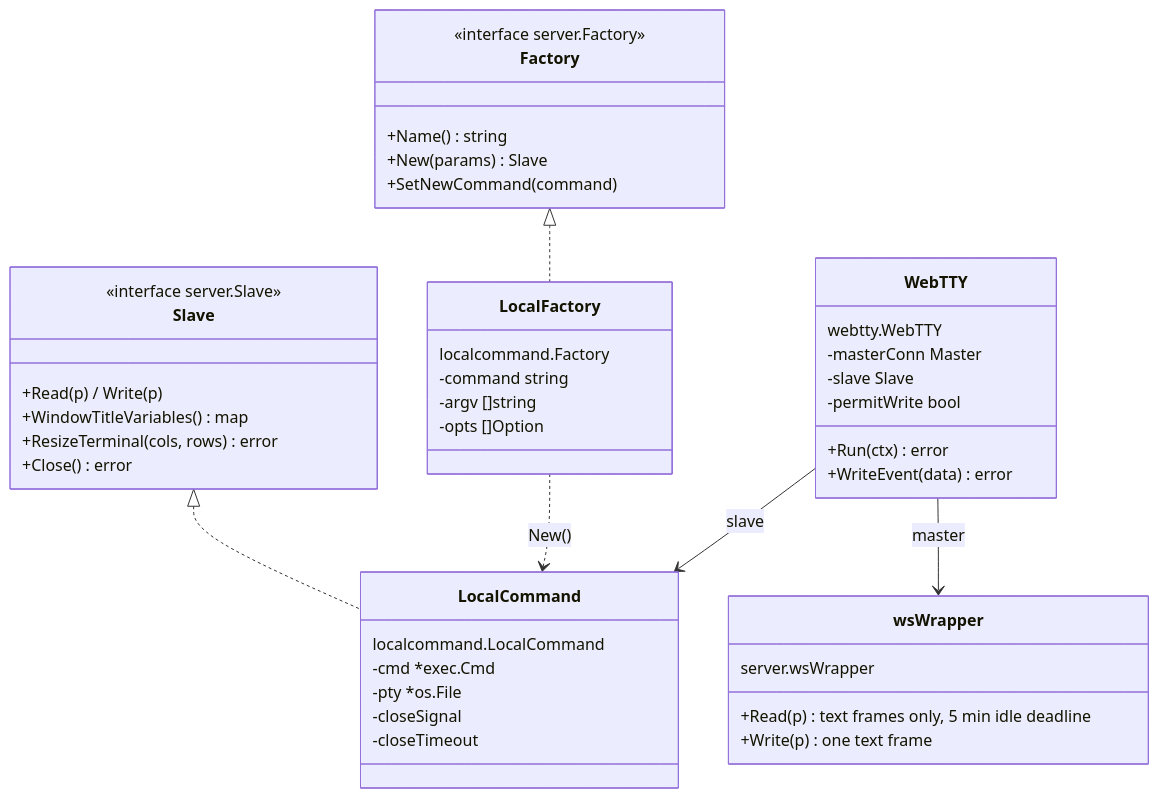
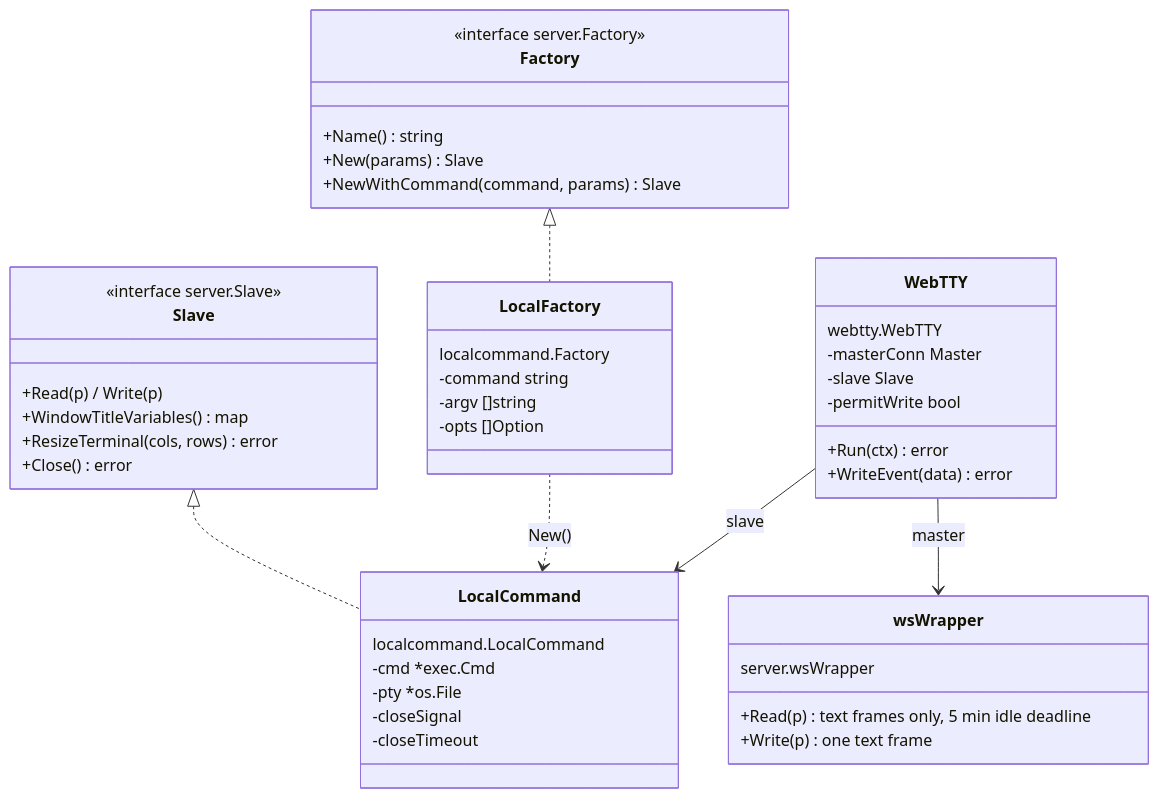
One commit to vickeykumar/openrepl changed the first of 2 diagrams in docs/lld/02-terminal-sessions.md. Above: the diagram before and after it, drawn with Mermaid. The commit also changed other lines of this file and 113 other files, not shown here.

````diff
--- a/docs/lld/02-terminal-sessions.md
+++ b/docs/lld/02-terminal-sessions.md
@@ -7,47 +7,47 @@
 ```mermaid
 classDiagram
     class Factory {
         <<interface server.Factory>>
         +Name() string
         +New(params) Slave
-        +SetNewCommand(command)
+        +NewWithCommand(command, params) Slave
     }
     class Slave {
         <<interface server.Slave>>
         +Read(p) / Write(p)
         +WindowTitleVariables() map
         +ResizeTerminal(cols, rows) error
         +Close() error
     }
     class LocalFactory {
         localcommand.Factory
         -command string
         -argv []string
         -opts []Option
     }
     class LocalCommand {
         localcommand.LocalCommand
         -cmd *exec.Cmd
         -pty *os.File
         -closeSignal
         -closeTimeout
     }
     class WebTTY {
         webtty.WebTTY
         -masterConn Master
         -slave Slave
         -permitWrite bool
         +Run(ctx) error
         +WriteEvent(data) error
     }
     class wsWrapper {
         server.wsWrapper
         +Read(p) text frames only, 5 min idle deadline
         +Write(p) one text frame
     }
     Factory <|.. LocalFactory
     Slave <|.. LocalCommand
     LocalFactory ..> LocalCommand : New()
     WebTTY --> wsWrapper : master
     WebTTY --> LocalCommand : slave
 ```
````
